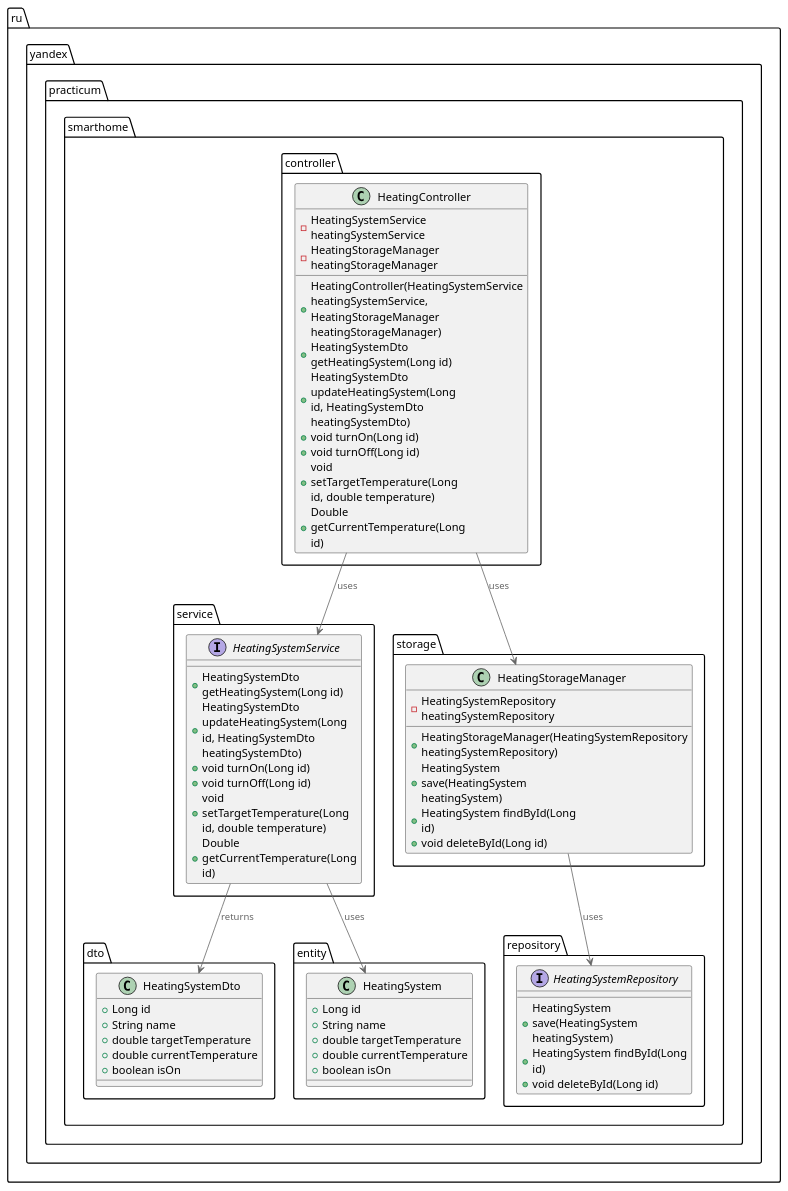
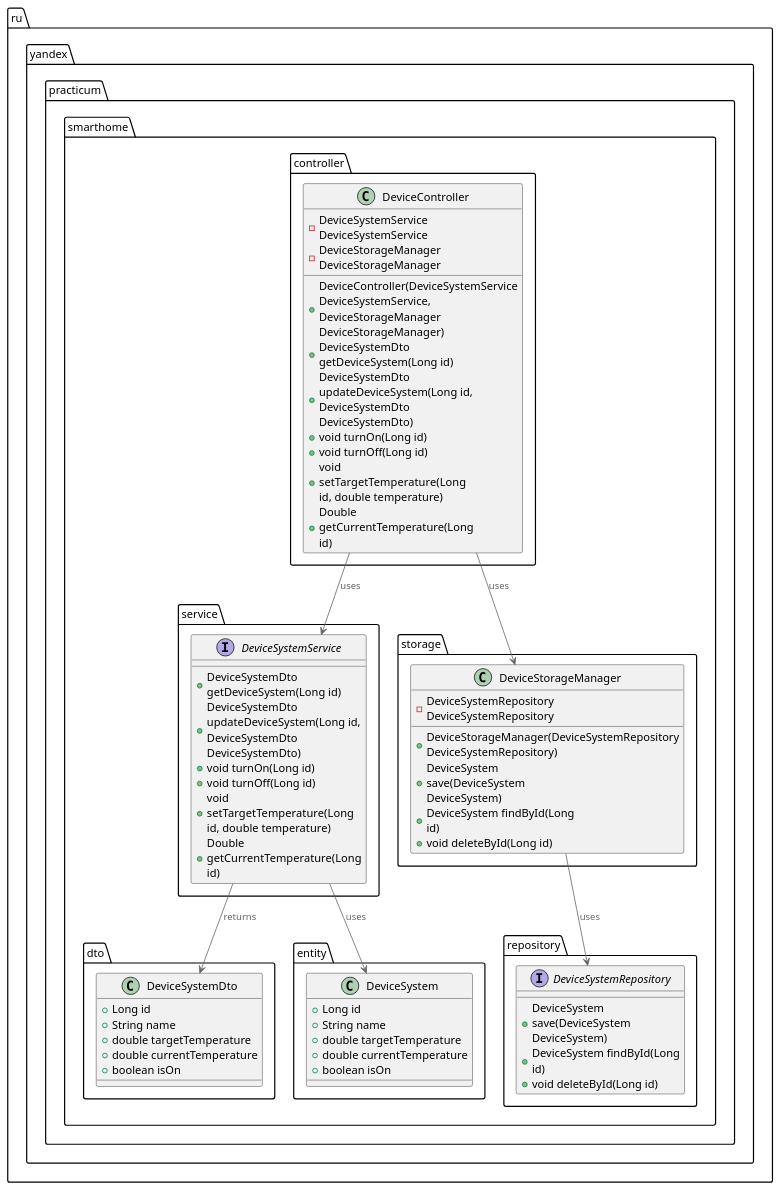
The diagram in diagrams/code_classes.puml (lgalkina/architecture-sprint-3), drawn with PlantUML before and after one commit. The commit also changed 55 other files, not shown here.

```diff
--- a/diagrams/code_classes.puml
+++ b/diagrams/code_classes.puml
@@ -1,73 +1,73 @@
 @startuml
 !include https://raw.githubusercontent.com/plantuml-stdlib/C4-PlantUML/master/C4_Component.puml
 
 package ru.yandex.practicum.smarthome.service {
-    interface HeatingSystemService {
-        +HeatingSystemDto getHeatingSystem(Long id)
-        +HeatingSystemDto updateHeatingSystem(Long id, HeatingSystemDto heatingSystemDto)
+    interface DeviceSystemService {
+        +DeviceSystemDto getDeviceSystem(Long id)
+        +DeviceSystemDto updateDeviceSystem(Long id, DeviceSystemDto DeviceSystemDto)
         +void turnOn(Long id)
         +void turnOff(Long id)
         +void setTargetTemperature(Long id, double temperature)
         +Double getCurrentTemperature(Long id)
     }
 }
 
 package ru.yandex.practicum.smarthome.dto {
-    class HeatingSystemDto {
+    class DeviceSystemDto {
         +Long id
         +String name
         +double targetTemperature
         +double currentTemperature
         +boolean isOn
     }
 }
 
 package ru.yandex.practicum.smarthome.entity {
-    class HeatingSystem {
+    class DeviceSystem {
         +Long id
         +String name
         +double targetTemperature
         +double currentTemperature
         +boolean isOn
     }
 }
 
 package ru.yandex.practicum.smarthome.controller {
-    class HeatingController {
-        -HeatingSystemService heatingSystemService
-        -HeatingStorageManager heatingStorageManager
-        +HeatingController(HeatingSystemService heatingSystemService, HeatingStorageManager heatingStorageManager)
-        +HeatingSystemDto getHeatingSystem(Long id)
-        +HeatingSystemDto updateHeatingSystem(Long id, HeatingSystemDto heatingSystemDto)
+    class DeviceController {
+        -DeviceSystemService DeviceSystemService
+        -DeviceStorageManager DeviceStorageManager
+        +DeviceController(DeviceSystemService DeviceSystemService, DeviceStorageManager DeviceStorageManager)
+        +DeviceSystemDto getDeviceSystem(Long id)
+        +DeviceSystemDto updateDeviceSystem(Long id, DeviceSystemDto DeviceSystemDto)
         +void turnOn(Long id)
         +void turnOff(Long id)
         +void setTargetTemperature(Long id, double temperature)
         +Double getCurrentTemperature(Long id)
     }
 }
 
 package ru.yandex.practicum.smarthome.storage {
-    class HeatingStorageManager {
-        -HeatingSystemRepository heatingSystemRepository
-        +HeatingStorageManager(HeatingSystemRepository heatingSystemRepository)
-        +HeatingSystem save(HeatingSystem heatingSystem)
-        +HeatingSystem findById(Long id)
+    class DeviceStorageManager {
+        -DeviceSystemRepository DeviceSystemRepository
+        +DeviceStorageManager(DeviceSystemRepository DeviceSystemRepository)
+        +DeviceSystem save(DeviceSystem DeviceSystem)
+        +DeviceSystem findById(Long id)
         +void deleteById(Long id)
     }
 }
 
 package ru.yandex.practicum.smarthome.repository {
-    interface HeatingSystemRepository {
-        +HeatingSystem save(HeatingSystem heatingSystem)
-        +HeatingSystem findById(Long id)
+    interface DeviceSystemRepository {
+        +DeviceSystem save(DeviceSystem DeviceSystem)
+        +DeviceSystem findById(Long id)
         +void deleteById(Long id)
     }
 }
 
-HeatingController --> HeatingSystemService : uses
-HeatingController --> HeatingStorageManager : uses
-HeatingStorageManager --> HeatingSystemRepository : uses
-HeatingSystemService --> HeatingSystemDto : returns
-HeatingSystemService --> HeatingSystem : uses
+DeviceController --> DeviceSystemService : uses
+DeviceController --> DeviceStorageManager : uses
+DeviceStorageManager --> DeviceSystemRepository : uses
+DeviceSystemService --> DeviceSystemDto : returns
+DeviceSystemService --> DeviceSystem : uses
 
 @enduml
```
